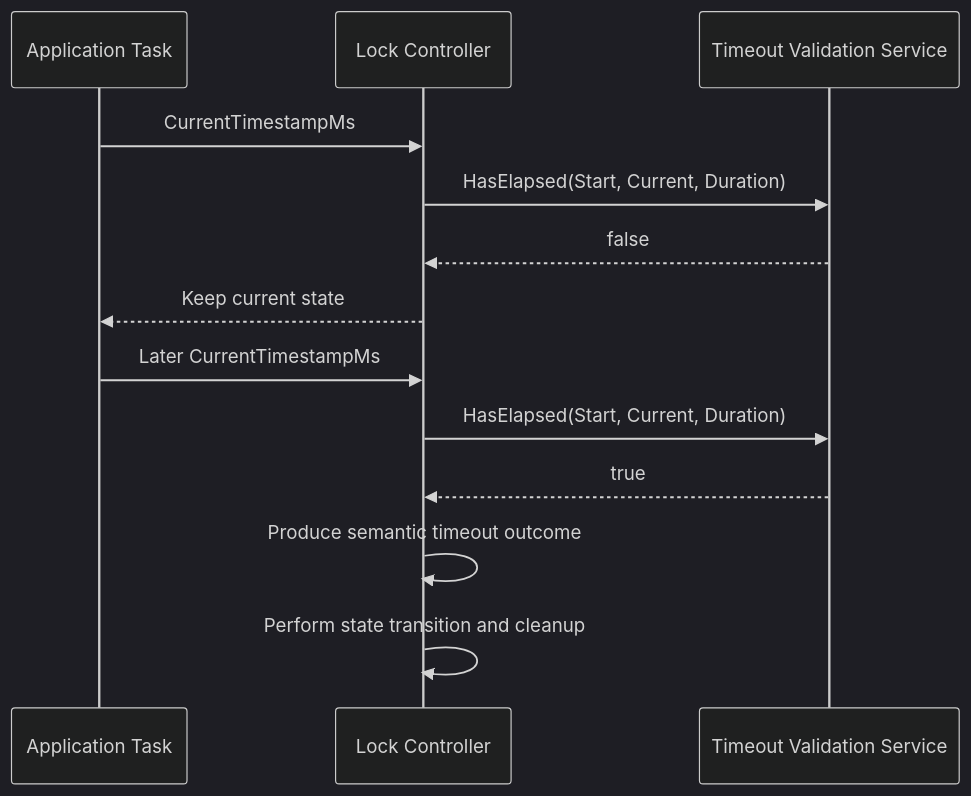
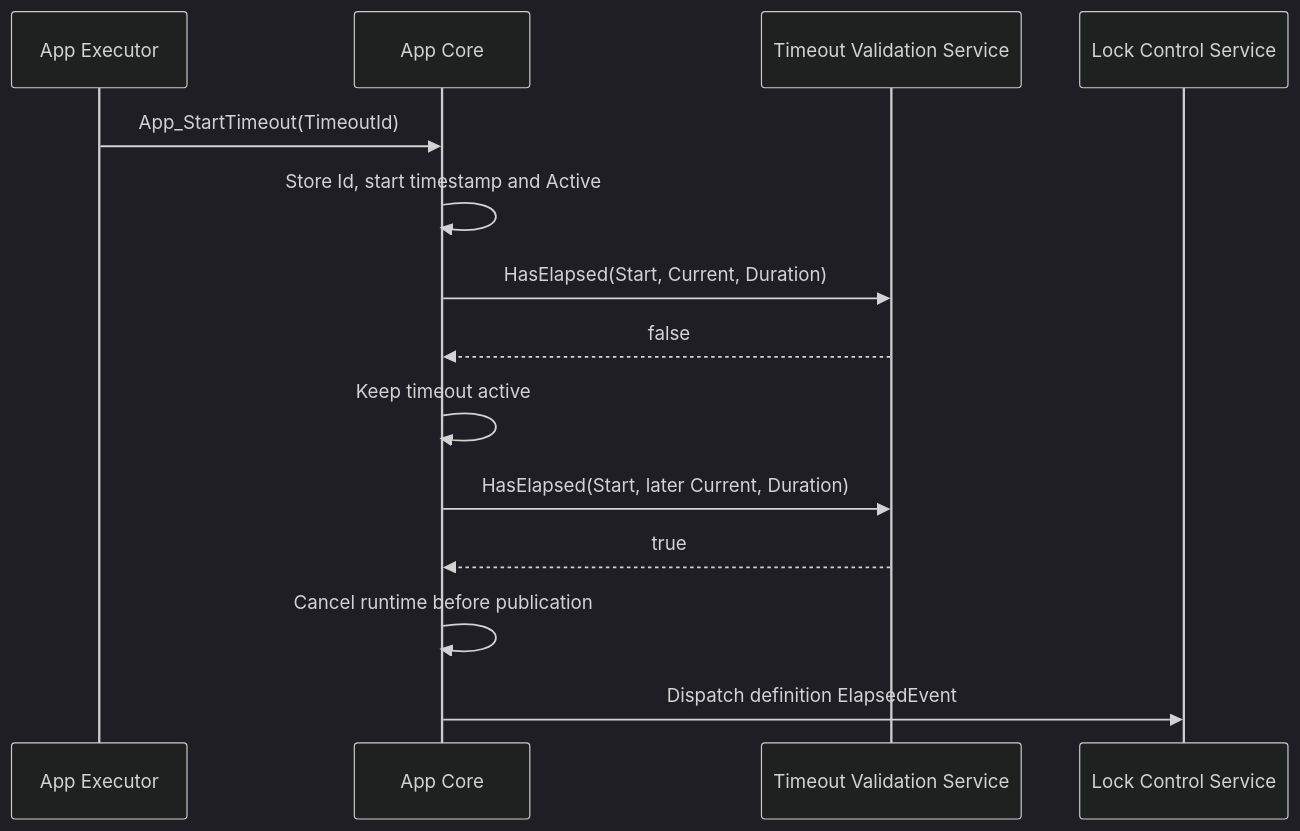
The third of 3 diagrams in Libs/Services/Timeout_Validation/README.md (JP-REY/STM32F103C8T6-Based-Electronic-Lock), drawn with Mermaid (dark theme) before and after one commit. The commit also changed other lines of this file and 22 other files, not shown here.

First line of the commit message:
docs: update project architecture and module documentation

````diff
--- a/Libs/Services/Timeout_Validation/README.md
+++ b/Libs/Services/Timeout_Validation/README.md
@@ -562,17 +564,18 @@
 ```mermaid
 sequenceDiagram
-    participant APP as Application Task
-    participant CTRL as Lock Controller
+    participant EXEC as App Executor
+    participant CORE as App Core
     participant TVS as Timeout Validation Service
+    participant LCS as Lock Control Service
 
-    APP->>CTRL: CurrentTimestampMs
-    CTRL->>TVS: HasElapsed(Start, Current, Duration)
-    TVS-->>CTRL: false
-    CTRL-->>APP: Keep current state
+    EXEC->>CORE: App_StartTimeout(TimeoutId)
+    CORE->>CORE: Store Id, start timestamp and Active
+    CORE->>TVS: HasElapsed(Start, Current, Duration)
+    TVS-->>CORE: false
+    CORE->>CORE: Keep timeout active
 
-    APP->>CTRL: Later CurrentTimestampMs
-    CTRL->>TVS: HasElapsed(Start, Current, Duration)
-    TVS-->>CTRL: true
-    CTRL->>CTRL: Produce semantic timeout outcome
-    CTRL->>CTRL: Perform state transition and cleanup
+    CORE->>TVS: HasElapsed(Start, later Current, Duration)
+    TVS-->>CORE: true
+    CORE->>CORE: Cancel runtime before publication
+    CORE->>LCS: Dispatch definition ElapsedEvent
 ```
````
